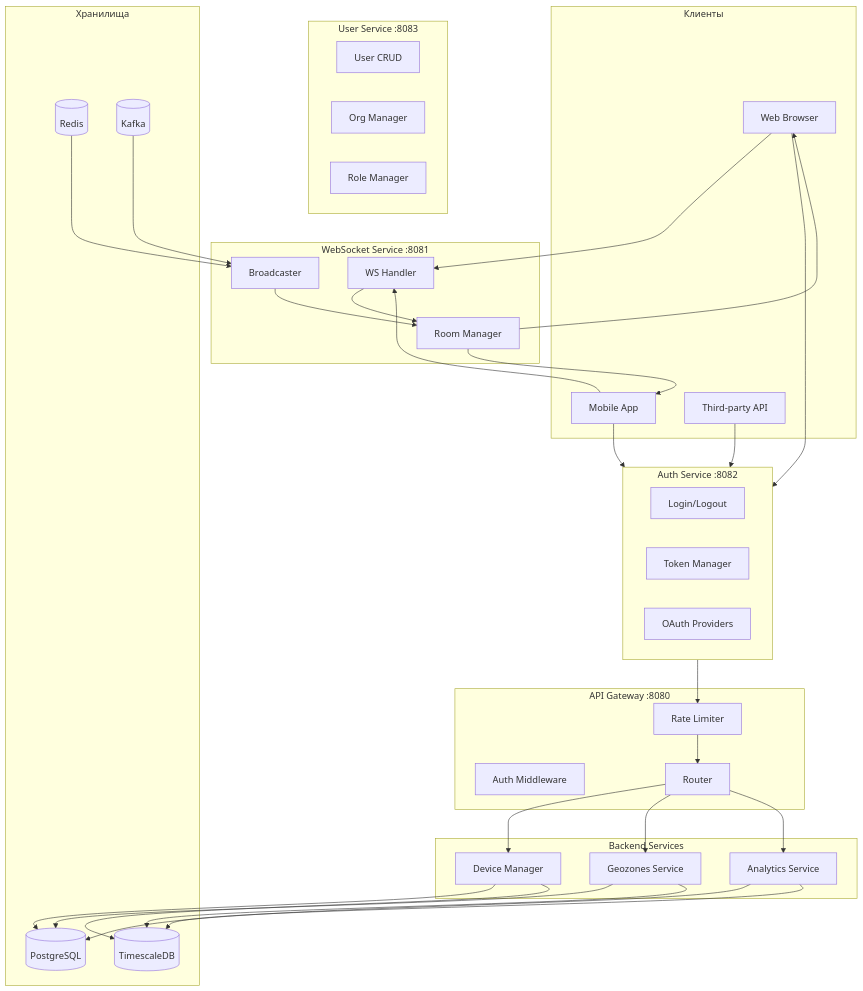
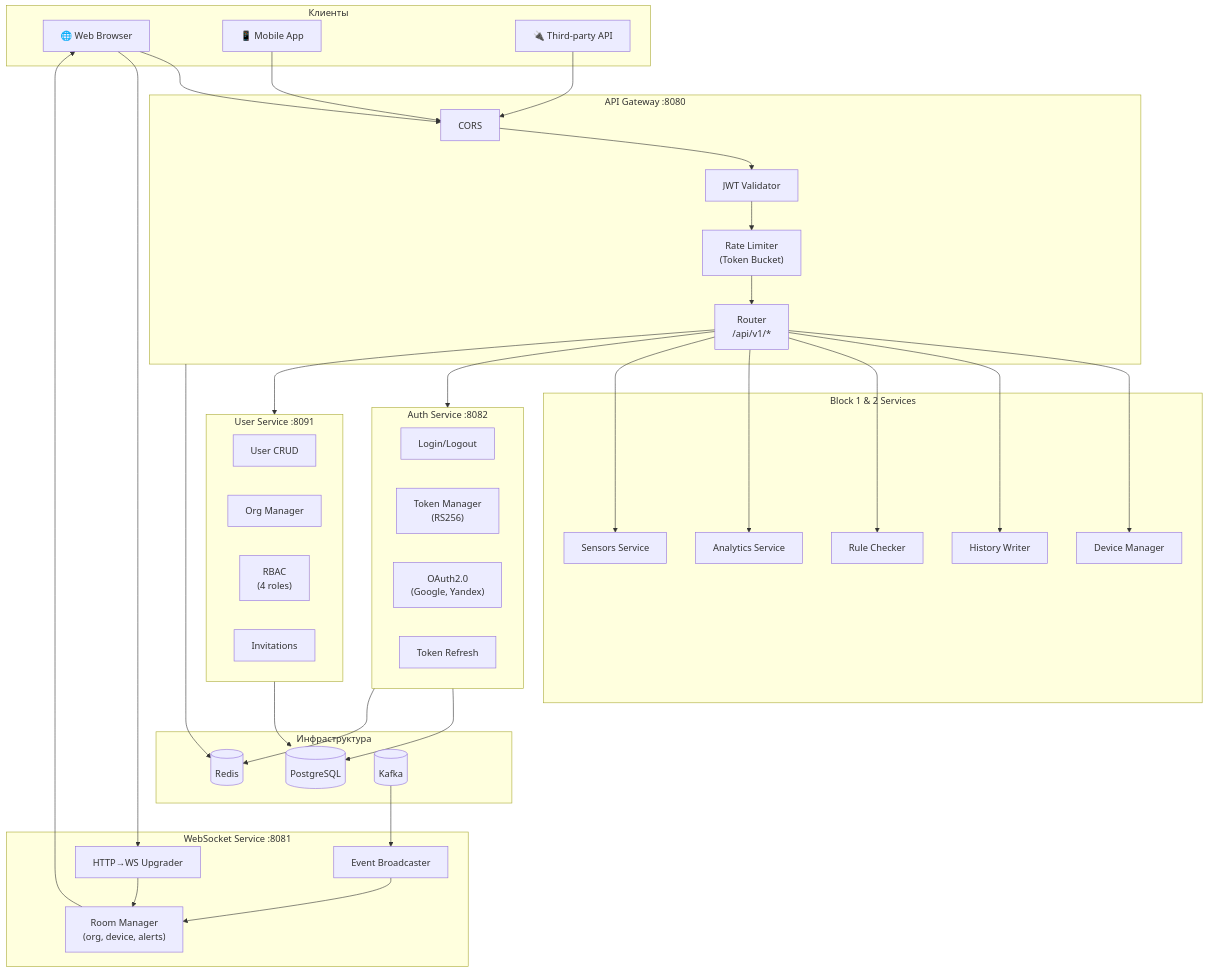
The first of 18 diagrams in docs/blocks/ARCHITECTURE_BLOCK3.md (revarewerd/wayrecall-tracker-system), drawn with Mermaid before and after one commit. The commit also changed other lines of this file and 544 other files, not shown here.

````diff
--- a/docs/blocks/ARCHITECTURE_BLOCK3.md
+++ b/docs/blocks/ARCHITECTURE_BLOCK3.md
@@ -68,54 +81,60 @@
 ```mermaid
 flowchart TB
     subgraph Clients["Клиенты"]
-        Web[Web Browser]
-        Mobile[Mobile App]
-        Third[Third-party API]
+        Browser["🌐 Web Browser"]
+        Mobile["📱 Mobile App"]
+        ThirdParty["🔌 Third-party API"]
     end
 
     subgraph Gateway["API Gateway :8080"]
-        AuthMW[Auth Middleware]
-        RateLimit[Rate Limiter]
-        Router[Router]
+        CORS["CORS"]
+        JWT["JWT Validator"]
+        RateLimit["Rate Limiter\n(Token Bucket)"]
+        Router["Router\n/api/v1/*"]
     end
 
     subgraph Auth["Auth Service :8082"]
-        Login[Login/Logout]
-        TokenMgr[Token Manager]
-        OAuth[OAuth Providers]
+        Login["Login/Logout"]
+        TokenMgr["Token Manager\n(RS256)"]
+        OAuth["OAuth2.0\n(Google, Yandex)"]
+        Refresh["Token Refresh"]
     end
 
-    subgraph Users["User Service :8083"]
-        UserCRUD[User CRUD]
-        OrgMgr[Org Manager]
-        Roles[Role Manager]
+    subgraph Users["User Service :8091"]
+        UserCRUD["User CRUD"]
+        OrgMgr["Org Manager"]
+        RBAC["RBAC\n(4 roles)"]
+        Invite["Invitations"]
     end
 
     subgraph WS["WebSocket Service :8081"]
-        WSHandler[WS Handler]
-        RoomManager[Room Manager]
-        Broadcaster[Broadcaster]
+        Upgrader["HTTP→WS Upgrader"]
+        RoomMgr["Room Manager\n(org, device, alerts)"]
+        Broadcaster["Event Broadcaster"]
     end
 
-    subgraph Backend["Backend Services"]
-        DM[Device Manager]
-        GS[Geozones Service]
-        AS[Analytics Service]
+    subgraph Block12["Block 1 & 2 Services"]
+        DM["Device Manager"]
+        HW["History Writer"]
+        RC["Rule Checker"]
+        AS["Analytics Service"]
+        SS["Sensors Service"]
     end
 
-    subgraph Storage["Хранилища"]
-        PG[(PostgreSQL)]
-        TSDB[(TimescaleDB)]
-        Redis[(Redis)]
-        Kafka[(Kafka)]
+    subgraph Infra["Инфраструктура"]
+        PG[("PostgreSQL")]
+        Redis[("Redis")]
+        Kafka[("Kafka")]
     end
 
-    Web & Mobile & Third --> Auth --> RateLimit --> Router
-    Router --> DM & GS & AS
-    DM & GS & AS --> PG & TSDB
-    
-    Web & Mobile --> WSHandler
-    WSHandler --> RoomManager
-    Kafka --> Broadcaster --> RoomManager --> Web & Mobile
-    Redis --> Broadcaster
+    Browser & Mobile & ThirdParty --> CORS --> JWT --> RateLimit --> Router
+    Router --> DM & HW & RC & AS & SS
+    Router --> Auth & Users
+
+    Browser --> Upgrader --> RoomMgr
+    Kafka --> Broadcaster --> RoomMgr --> Browser
+
+    Auth --> PG & Redis
+    Users --> PG
+    Gateway --> Redis
 ```
````
